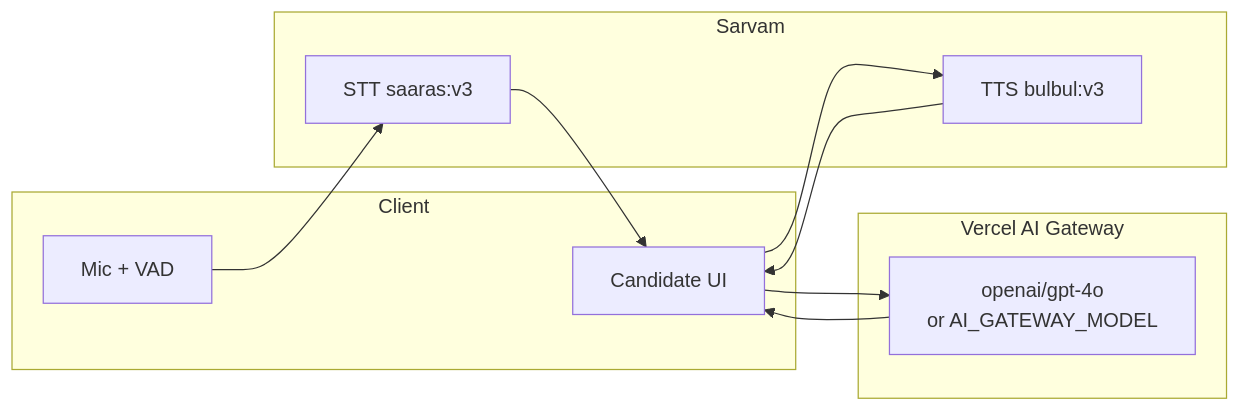
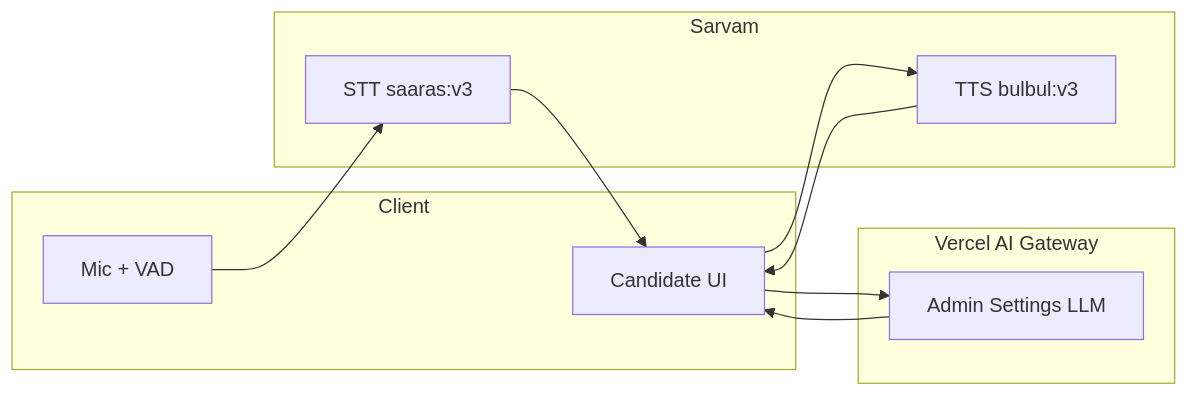
One commit to Agentic-Labs-India/Project-Bluecollarz changed the first of 10 diagrams in README.md. Above: the diagram before and after it, drawn with Mermaid. The commit also changed other lines of this file and 53 other files, not shown here.

````diff
--- a/README.md
+++ b/README.md
@@ -82,23 +78,23 @@
 ```mermaid
 flowchart LR
   subgraph Client
     UI[Candidate UI]
     Mic[Mic + VAD]
   end
 
   subgraph Voice["Sarvam"]
     STT["STT saaras:v3"]
     TTS["TTS bulbul:v3"]
   end
 
   subgraph Gateway["Vercel AI Gateway"]
-    LLM["openai/gpt-4o<br/>or AI_GATEWAY_MODEL"]
+    LLM["Admin Settings LLM"]
   end
 
   Mic --> STT
   STT --> UI
   UI --> LLM
   LLM --> UI
   UI --> TTS
   TTS --> UI
 ```
````
